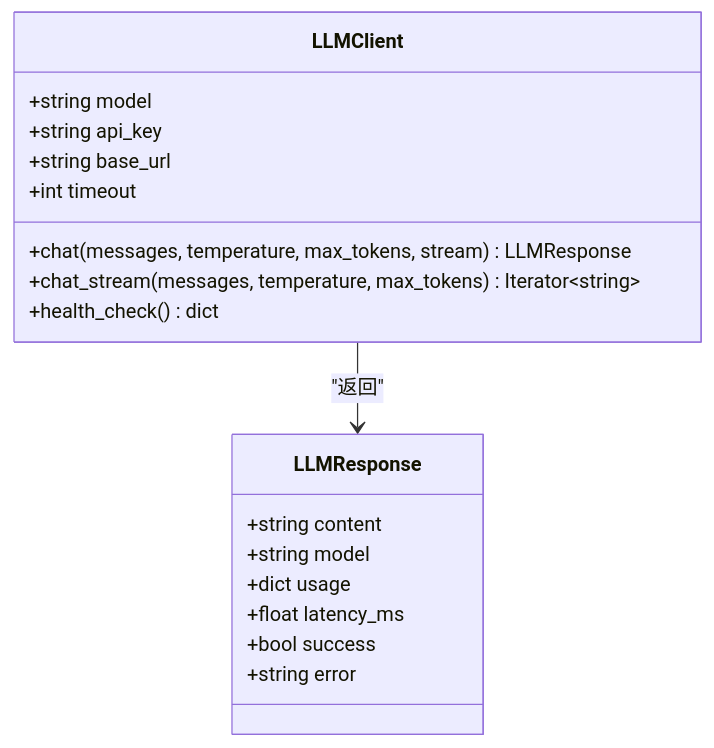
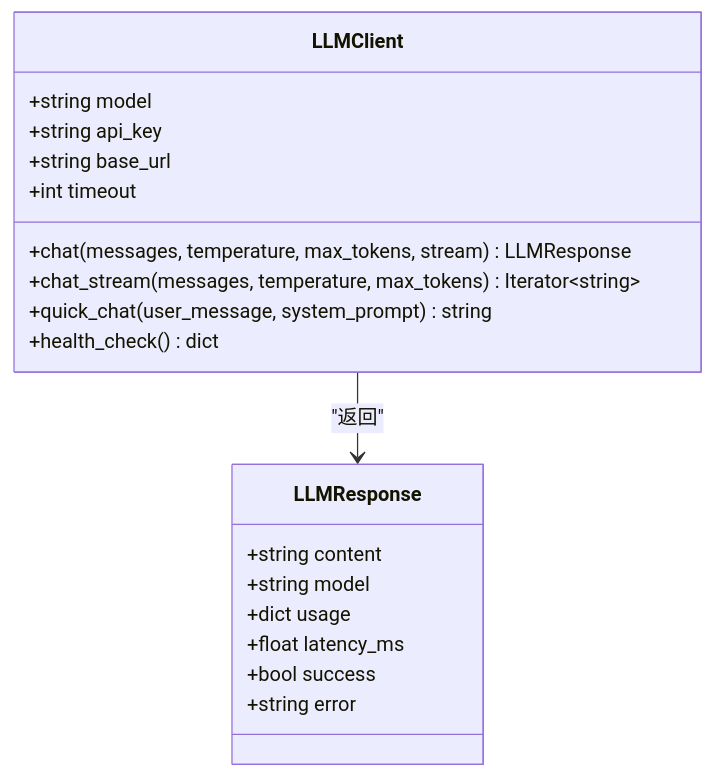
Before and after one commit to Magicer2024/AIQuant: the third of 5 diagrams in .qoder/repowiki/zh/content/大语言模型集成.md, drawn with Mermaid. The commit also changed other lines of this file and 62 other files, not shown here.

First line of the commit message:
refactor: migrate modules to 六部 ministries architecture

````diff
--- a/.qoder/repowiki/zh/content/大语言模型集成.md
+++ b/.qoder/repowiki/zh/content/大语言模型集成.md
@@ -161,21 +156,22 @@
 ```mermaid
 classDiagram
 class LLMResponse {
 +string content
 +string model
 +dict usage
 +float latency_ms
 +bool success
 +string error
 }
 class LLMClient {
 +string model
 +string api_key
 +string base_url
 +int timeout
 +chat(messages, temperature, max_tokens, stream) LLMResponse
 +chat_stream(messages, temperature, max_tokens) Iterator~string~
++quick_chat(user_message, system_prompt) string
 +health_check() dict
 }
 LLMClient --> LLMResponse : "返回"
 ```
````
